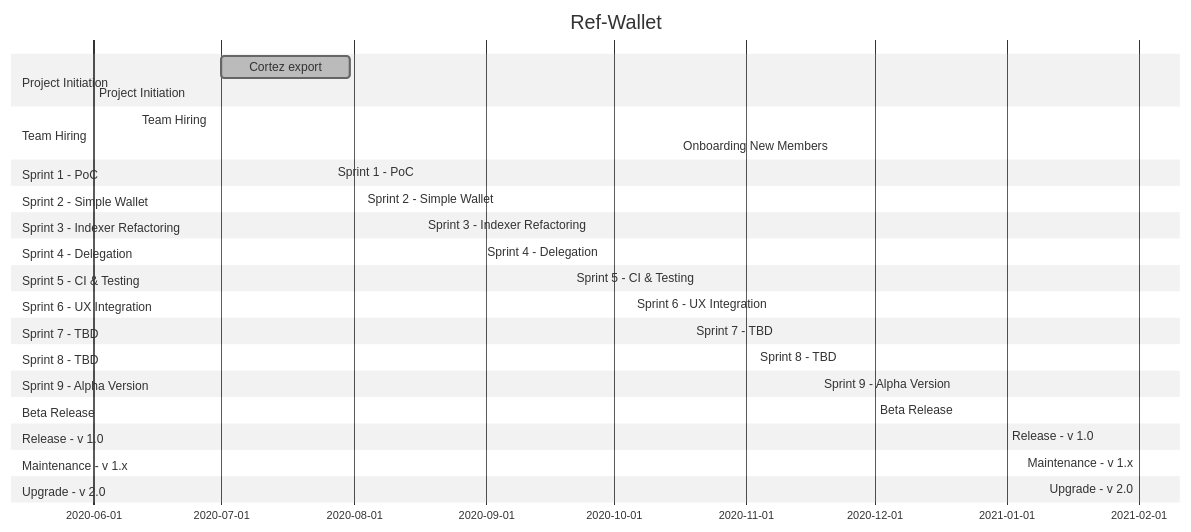
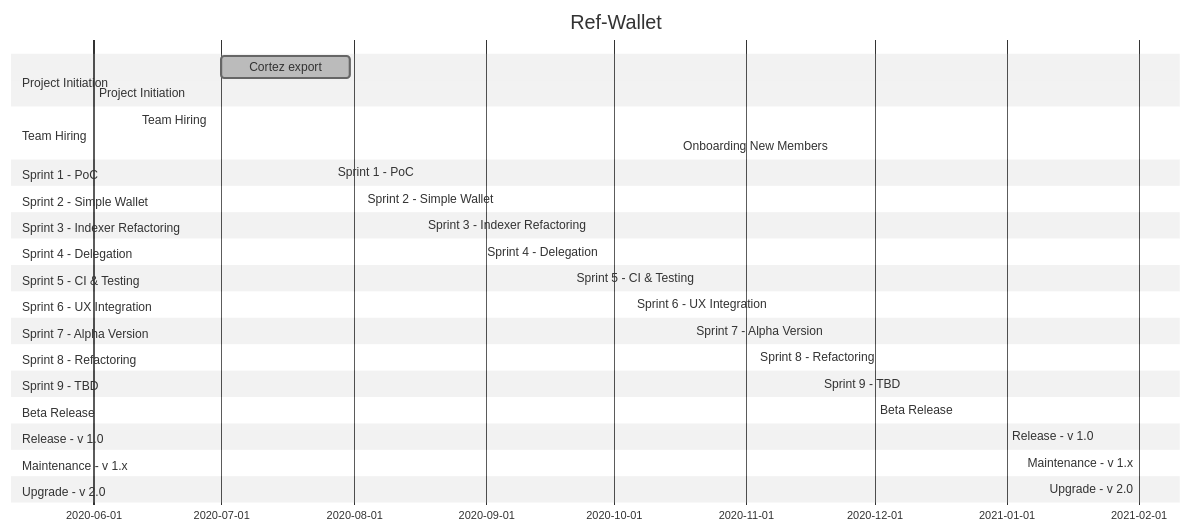
The diagram in docs/operative/roadmap.md (trilitech/umami-v1), drawn with Mermaid (neutral theme) before and after one commit. The commit also changed other lines of this file, not shown here.

````diff
--- a/docs/operative/roadmap.md
+++ b/docs/operative/roadmap.md
@@ -21,36 +21,36 @@
 ```mermaid
 gantt
     title Ref-Wallet
     section Project Initiation
     Cortez export                                     :done  , 2020-07-01 , 30d
     Project Initiation                                :done  , 2020-06-01, 2020-07-13
     section Team Hiring
     Team Hiring                                       :done  , 2020-06-11, 2020-09-01
     Onboarding New Members                            :done  , 2020-10-16, 2020-11-01
     section Sprint 1 - PoC
     Sprint 1 - PoC                                    :done  , 2020-07-27, 2020-07-31
     section Sprint 2 - Simple Wallet
     Sprint 2 - Simple Wallet                          :done  , 2020-08-03, 2020-08-14
     section Sprint 3 - Indexer Refactoring
     Sprint 3 - Indexer Refactoring                    :done  , 2020-08-17, 2020-08-28
     section Sprint 4 - Delegation
     Sprint 4 - Delegation                             :done  , 2020-08-31, 2020-09-18
     section Sprint 5 - CI & Testing
     Sprint 5 - CI & Testing                           :done  , 2020-09-21, 2020-10-02
     section Sprint 6 - UX Integration
     Sprint 6 - UX Integration                         :active, 2020-10-05, 2020-10-16
-    section Sprint 7 - TBD
-    Sprint 7 - TBD                                    :active, 2020-10-19, 2020-10-30
-    section Sprint 8 - TBD
-    Sprint 8 - TBD                                    :active, 2020-11-03, 2020-11-15
-    section Sprint 9 - Alpha Version
-    Sprint 9 - Alpha Version                          :active, 2020-11-18, 2020-11-30
+    section Sprint 7 - Alpha Version
+    Sprint 7 - Alpha Version                          :active, 2020-10-19, 2020-10-30
+    section Sprint 8 - Refactoring
+    Sprint 8 - Refactoring                            :active, 2020-11-03, 2020-11-15
+    section Sprint 9 - TBD
+    Sprint 9 - TBD                                    :active, 2020-11-18, 2020-11-30
     section Beta Release
     Beta Release                                      :active, 2020-12-01, 2020-12-31
     section Release - v 1.0
     Release - v 1.0                                   :active, 2021-01-01, 2021-02-01
     section Maintenance - v 1.x
     Maintenance - v 1.x                               :active, 2021-02-01, 2021-05-01
     section Upgrade - v 2.0
     Upgrade - v 2.0                                   :active, 2021-02-01, 2021-05-01
 ```
````
